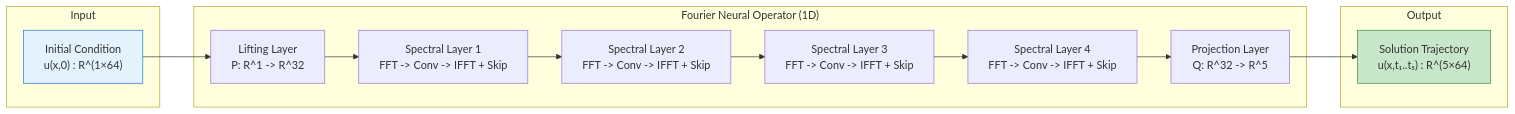
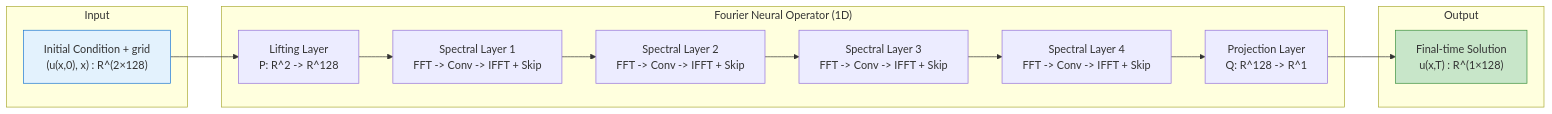
Before and after one commit to avitai/opifex: the diagram in docs/examples/neural-operators/fno-burgers.md, drawn with Mermaid. The commit also changed other lines of this file and 92 other files, not shown here.

````diff
--- a/docs/examples/neural-operators/fno-burgers.md
+++ b/docs/examples/neural-operators/fno-burgers.md
@@ -93,24 +95,24 @@
 ```mermaid
 graph LR
     subgraph Input
-        A["Initial Condition<br/>u(x,0) : R^(1×64)"]
+        A["Initial Condition + grid<br/>(u(x,0), x) : R^(2×128)"]
     end
 
     subgraph FNO["Fourier Neural Operator (1D)"]
-        B["Lifting Layer<br/>P: R^1 -> R^32"]
+        B["Lifting Layer<br/>P: R^2 -> R^128"]
         C["Spectral Layer 1<br/>FFT -> Conv -> IFFT + Skip"]
         D["Spectral Layer 2<br/>FFT -> Conv -> IFFT + Skip"]
         E["Spectral Layer 3<br/>FFT -> Conv -> IFFT + Skip"]
         F["Spectral Layer 4<br/>FFT -> Conv -> IFFT + Skip"]
-        G["Projection Layer<br/>Q: R^32 -> R^5"]
+        G["Projection Layer<br/>Q: R^128 -> R^1"]
     end
 
     subgraph Output
-        H["Solution Trajectory<br/>u(x,t₁..t₅) : R^(5×64)"]
+        H["Final-time Solution<br/>u(x,T) : R^(1×128)"]
     end
 
     A --> B --> C --> D --> E --> F --> G --> H
 
     style A fill:#e3f2fd,stroke:#1976d2
     style H fill:#c8e6c9,stroke:#388e3c
 ```
````
